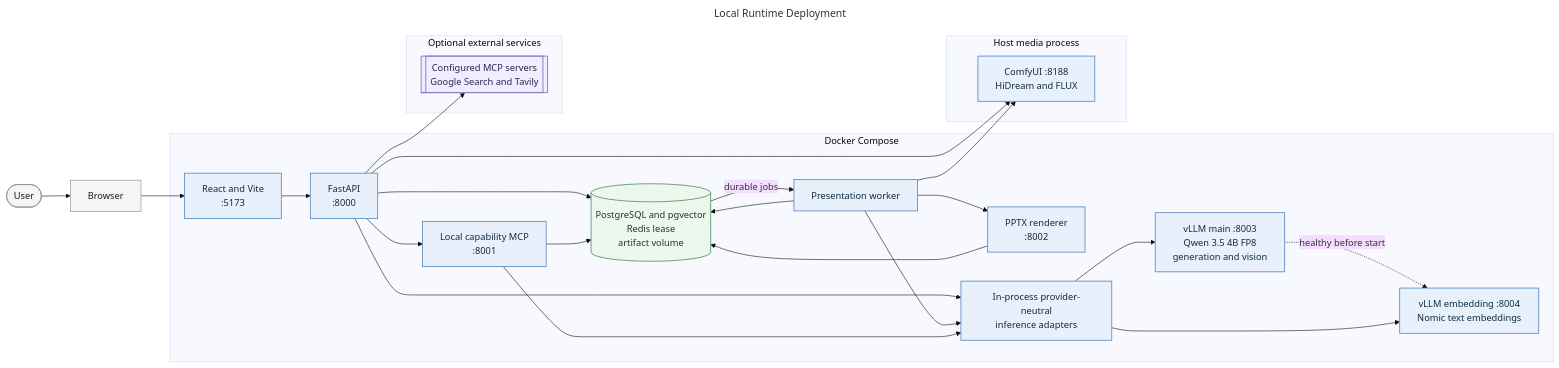
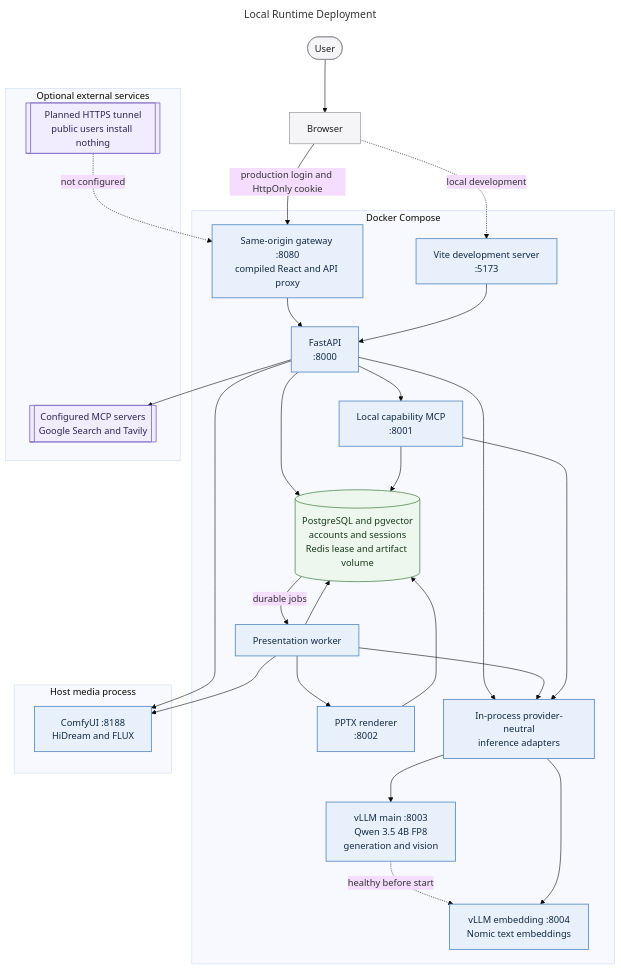
The diagram in docs/diagrams/runtime-deployment.mmd (MallyaAni/PersonalAssistant), drawn with Mermaid (base theme) before and after one commit. The commit also changed 90 other files, not shown here.

```diff
--- a/docs/diagrams/runtime-deployment.mmd
+++ b/docs/diagrams/runtime-deployment.mmd
@@ -1,53 +1,59 @@
 ---
 title: Local Runtime Deployment
 ---
-flowchart LR
+flowchart TB
     User([User]) --> Browser[Browser]
 
     subgraph Compose[Docker Compose]
-        Frontend[React and Vite<br/>:5173]
+        Gateway[Same-origin gateway :8080<br/>compiled React and API proxy]
+        Frontend[Vite development server<br/>:5173]
         Backend[FastAPI<br/>:8000]
         Worker[Presentation worker]
         MCP[Local capability MCP<br/>:8001]
         Renderer[PPTX renderer<br/>:8002]
         Adapters[In-process provider-neutral<br/>inference adapters]
         VLLMMain[vLLM main :8003<br/>Qwen 3.5 4B FP8<br/>generation and vision]
         VLLMEmbed[vLLM embedding :8004<br/>Nomic text embeddings]
-        Stores[(PostgreSQL and pgvector<br/>Redis lease<br/>artifact volume)]
+        Stores[(PostgreSQL and pgvector<br/>accounts and sessions<br/>Redis lease and artifact volume)]
         VLLMMain -.->|healthy before start| VLLMEmbed
     end
 
     subgraph Host[Host media process]
         ComfyUI[ComfyUI :8188<br/>HiDream and FLUX]
     end
 
     subgraph External[Optional external services]
         Integrations[[Configured MCP servers<br/>Google Search and Tavily]]
+        PublicEdge[[Planned HTTPS tunnel<br/>public users install nothing]]
     end
 
-    Browser --> Frontend --> Backend
+    PublicEdge -.->|not configured| Gateway
+    Browser -->|production login and HttpOnly cookie| Gateway
+    Browser -.->|local development| Frontend
+    Gateway --> Backend
+    Frontend --> Backend
     Backend --> Stores
     Backend --> Adapters
     Backend --> ComfyUI
     Backend --> MCP
     Backend --> Integrations
 
     Stores -->|durable jobs| Worker
     Worker --> Stores
     Worker --> Adapters
     Worker --> ComfyUI
     Worker --> Renderer
     Renderer --> Stores
     MCP --> Stores
     MCP --> Adapters
     Adapters --> VLLMMain
     Adapters --> VLLMEmbed
 
     classDef user fill:#f5f5f7,stroke:#86868b,color:#1d1d1f;
     classDef process fill:#e8f1fb,stroke:#5e8fc4,color:#102a43,stroke-width:1.5px;
     classDef data fill:#eef7ee,stroke:#5f9562,color:#183b1b,stroke-width:1.5px;
     classDef external fill:#f1edff,stroke:#8872c6,color:#2e2450,stroke-width:1.5px;
     class User,Browser user;
-    class Frontend,Backend,Worker,MCP,Renderer,Adapters,VLLMMain,VLLMEmbed,ComfyUI process;
+    class Gateway,Frontend,Backend,Worker,MCP,Renderer,Adapters,VLLMMain,VLLMEmbed,ComfyUI process;
     class Stores data;
-    class Integrations external;
+    class Integrations,PublicEdge external;
```
